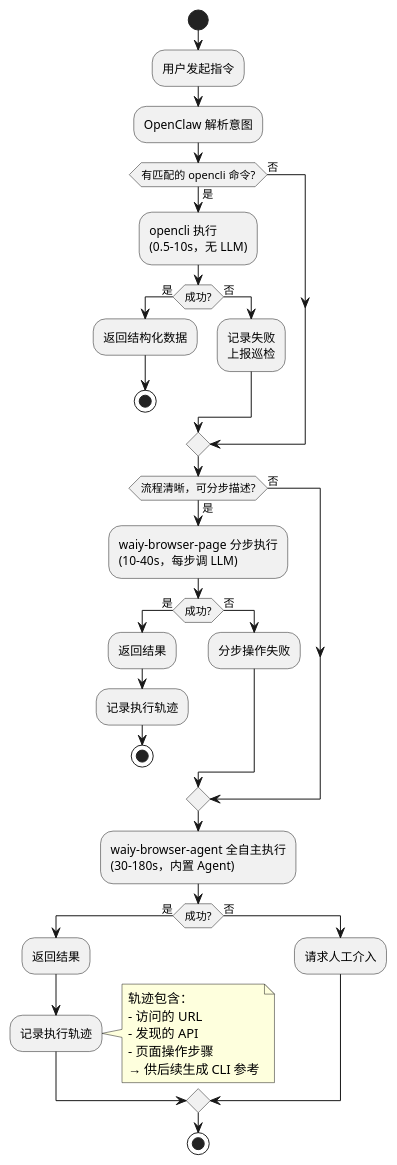
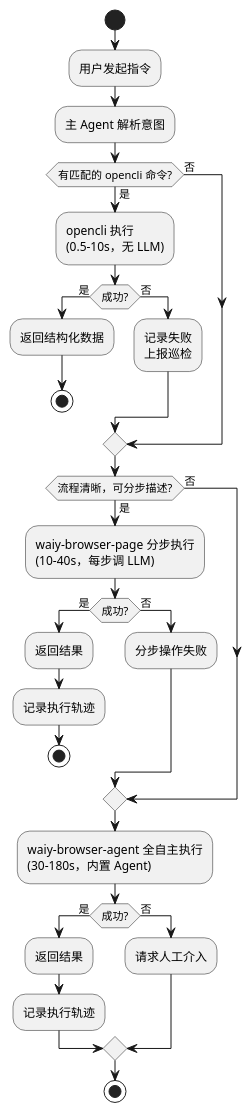
One commit to shadow-cyan/OpenCLI changed the third of 7 diagrams in doc/office-automation-architecture.md. Above: the diagram before and after it, drawn with PlantUML. The commit also changed other lines of this file, not shown here.

First line of the commit message:
docs(architecture): clarify tool chain separation, expand self-evolution, add dual deployment diagrams

````diff
--- a/doc/office-automation-architecture.md
+++ b/doc/office-automation-architecture.md
@@ -241,51 +281,44 @@
 ```plantuml
 @startuml
 skinparam activityShape roundedBox
 
 start
 :用户发起指令;
 
-:OpenClaw 解析意图;
+:主 Agent 解析意图;
 
 if (有匹配的 opencli 命令?) then (是)
   :opencli 执行\n(0.5-10s，无 LLM);
   if (成功?) then (是)
     :返回结构化数据;
     stop
   else (否)
     :记录失败\n上报巡检;
   endif
 else (否)
 endif
 
 if (流程清晰，可分步描述?) then (是)
   :waiy-browser-page 分步执行\n(10-40s，每步调 LLM);
   if (成功?) then (是)
     :返回结果;
     :记录执行轨迹;
     stop
   else (否)
     :分步操作失败;
   endif
 else (否)
 endif
 
 :waiy-browser-agent 全自主执行\n(30-180s，内置 Agent);
 if (成功?) then (是)
   :返回结果;
   :记录执行轨迹;
-  note right
-    轨迹包含：
-    - 访问的 URL
-    - 发现的 API
-    - 页面操作步骤
-    → 供后续生成 CLI 参考
-  end note
 else (否)
   :请求人工介入;
 endif
 
 stop
 
 @enduml
 ```
````
